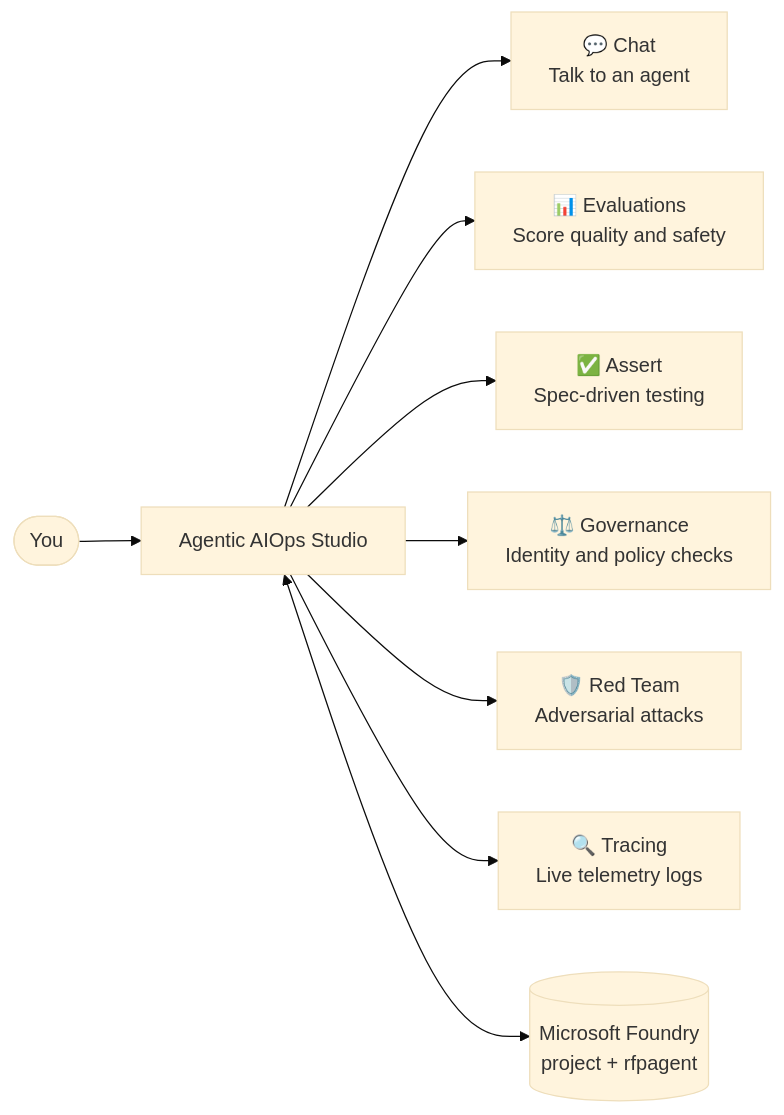
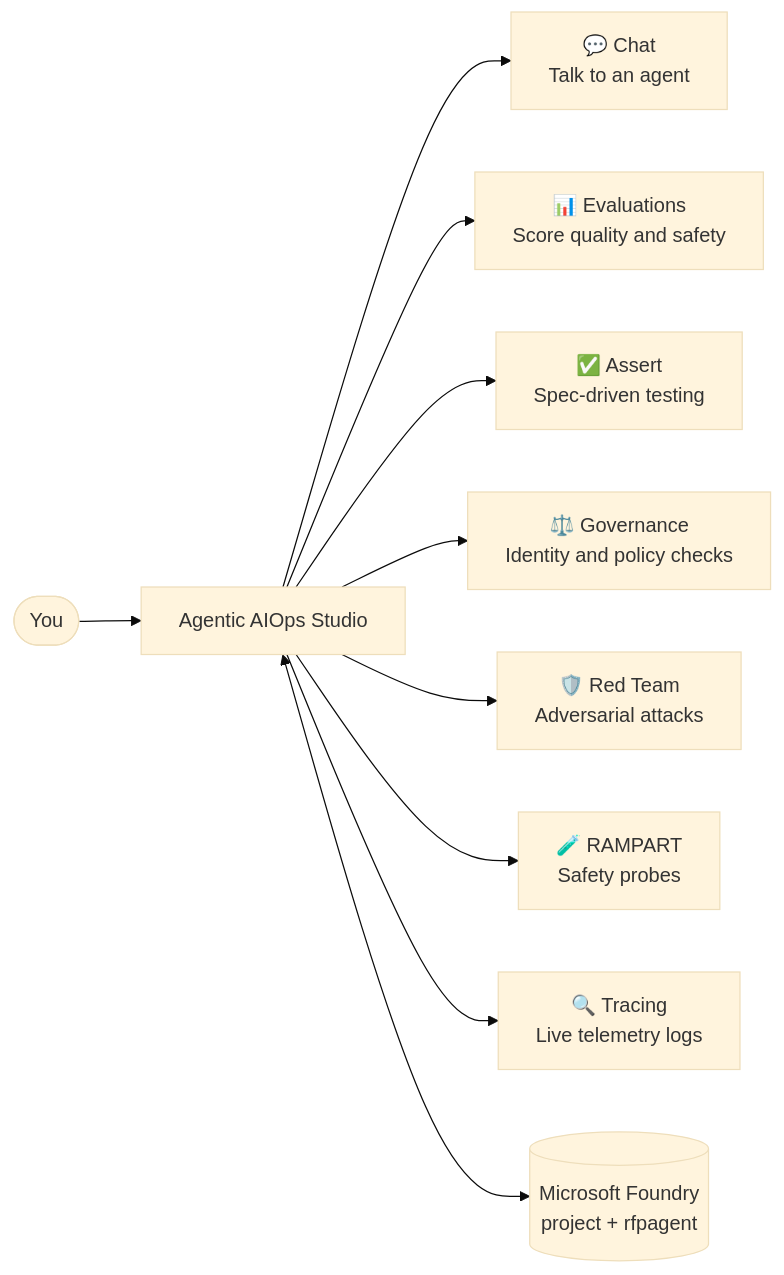
Before and after one commit to balakreshnan/AgenticAIOpsGHCPApp: the diagram in docs/README.md, drawn with Mermaid (base theme). The commit also changed other lines of this file and 13 other files, not shown here.

````diff
--- a/docs/README.md
+++ b/docs/README.md
@@ -37,11 +37,12 @@
 ```mermaid
 flowchart LR
     U([You]) --> APP[Agentic AIOps Studio]
     APP --> C["💬 Chat<br/>Talk to an agent"]
     APP --> E["📊 Evaluations<br/>Score quality and safety"]
     APP --> A["✅ Assert<br/>Spec-driven testing"]
     APP --> G["⚖️ Governance<br/>Identity and policy checks"]
     APP --> R["🛡️ Red Team<br/>Adversarial attacks"]
+    APP --> RP["🧪 RAMPART<br/>Safety probes"]
     APP --> T["🔍 Tracing<br/>Live telemetry logs"]
     APP <--> F[(Microsoft Foundry<br/>project + rfpagent)]
 ```
````
